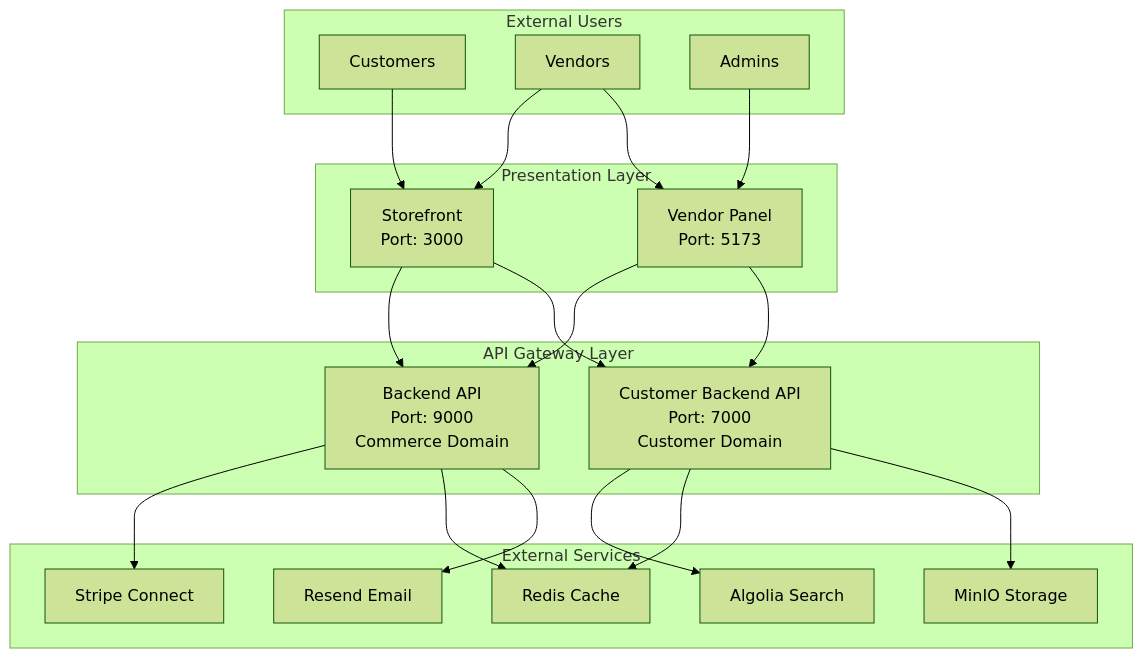
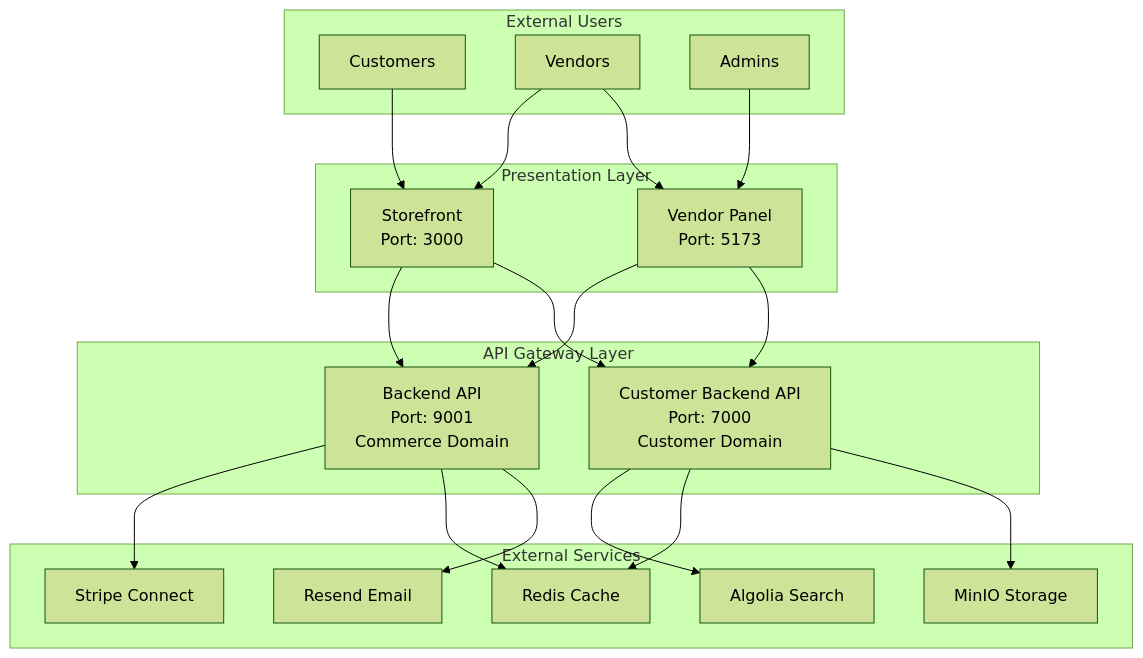
Before and after one commit to tanvirc/sidedecked-workspace-v2: the first of 5 diagrams in docs/architecture/06-integration-architecture.md, drawn with Mermaid (forest theme). The commit also changed 10 other files, not shown here.

````diff
--- a/docs/architecture/06-integration-architecture.md
+++ b/docs/architecture/06-integration-architecture.md
@@ -28,43 +28,43 @@
 ```mermaid
 graph TB
     subgraph "External Users"
         C[Customers]
         V[Vendors] 
         A[Admins]
     end
     
     subgraph "Presentation Layer"
         SF[Storefront<br/>Port: 3000]
         VP[Vendor Panel<br/>Port: 5173]
     end
     
     subgraph "API Gateway Layer"
-        BE[Backend API<br/>Port: 9000<br/>Commerce Domain]
+        BE[Backend API<br/>Port: 9001<br/>Commerce Domain]
         CB[Customer Backend API<br/>Port: 7000<br/>Customer Domain]
     end
     
     subgraph "External Services"
         ST[Stripe Connect]
         AL[Algolia Search]
         RD[Redis Cache]
         S3[MinIO Storage]
         EM[Resend Email]
     end
     
     C --> SF
     V --> SF
     V --> VP
     A --> VP
     
     SF --> BE
     SF --> CB
     VP --> BE
     VP --> CB
     
     BE --> ST
     BE --> RD
     BE --> EM
     CB --> AL
     CB --> RD
     CB --> S3
 ```
````
